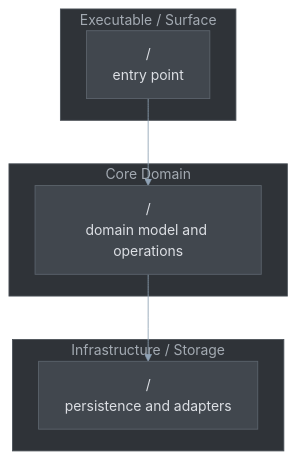
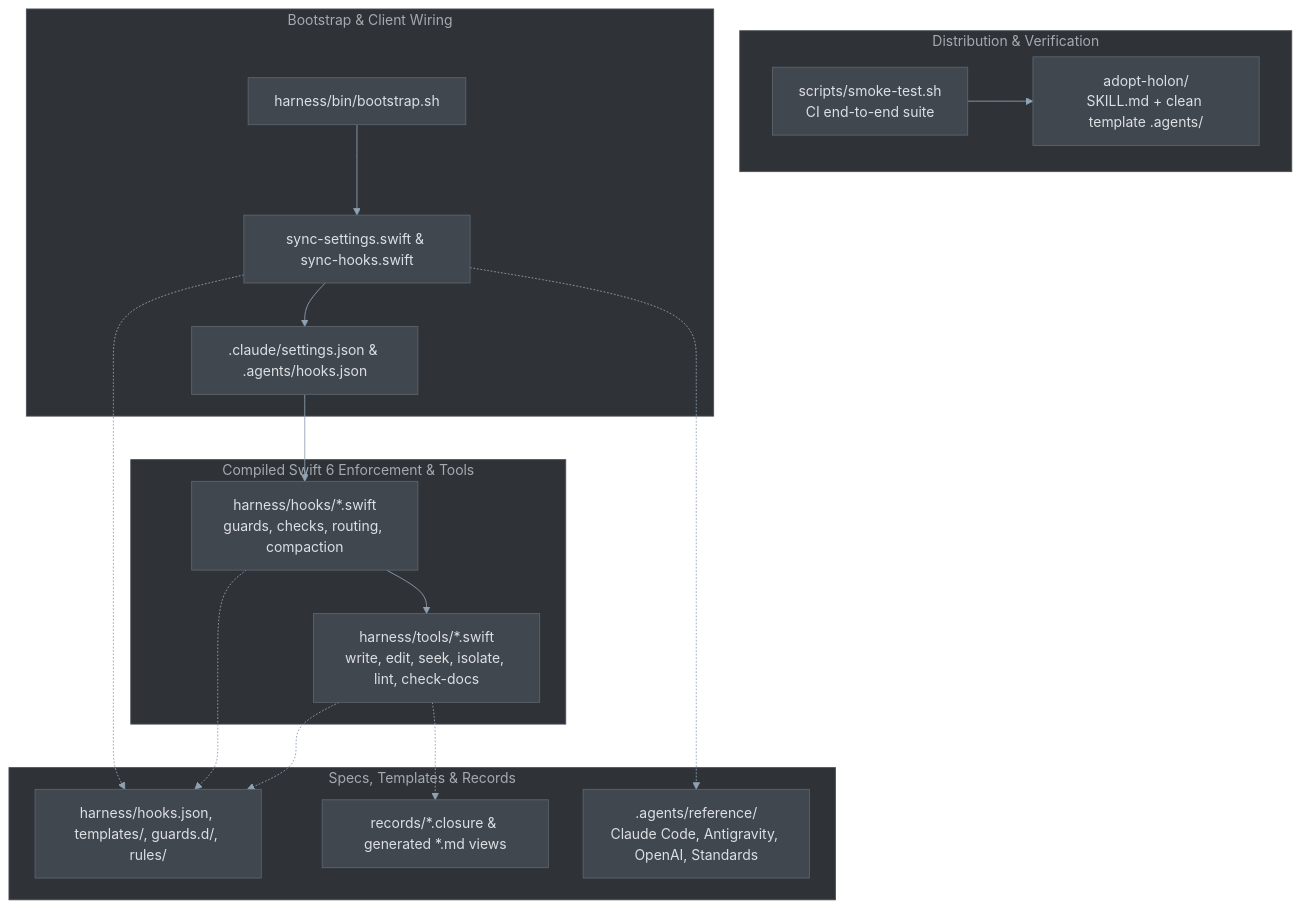
Before and after one commit to annimvs/HolonStack: the diagram in .agents/codebase/CODEBASE.md, drawn with Mermaid. The commit also changed other lines of this file and 33 other files, not shown here.

First line of the commit message:
docs: adopt HolonStack harness docs, maps, semantics, and upstream agent specs

````diff
--- a/.agents/codebase/CODEBASE.md
+++ b/.agents/codebase/CODEBASE.md
@@ -13,32 +11,50 @@
 ```mermaid
 %%{init: {
   "theme": "base",
   "themeVariables": {
     "darkMode": true,
     "background": "#363B40",
     "primaryColor": "#41474E",
     "primaryTextColor": "#DCDFE4",
     "primaryBorderColor": "#5C646D",
     "lineColor": "#8FA2B5",
     "textColor": "#B8BFC6",
     "clusterBkg": "#2F3338",
     "clusterBorder": "#4A5057"
   },
   "flowchart": { "curve": "basis", "nodeSpacing": 40, "rankSpacing": 50 }
 }}%%
 flowchart TB
-    subgraph App["Executable / Surface"]
-        entry["<ExecutableTarget>/<br/>entry point"]
+    subgraph Distribution["Distribution & Verification"]
+        skill["adopt-holon/<br/>SKILL.md + clean template .agents/"]
+        smoke["scripts/smoke-test.sh<br/>CI end-to-end suite"]
     end
 
-    subgraph Domain["Core Domain"]
-        core["<CoreTarget>/<br/>domain model and operations"]
+    subgraph Wiring["Bootstrap & Client Wiring"]
+        boot["harness/bin/bootstrap.sh"]
+        sync["sync-settings.swift &amp; sync-hooks.swift"]
+        clients[".claude/settings.json &amp; .agents/hooks.json"]
     end
 
-    subgraph Infra["Infrastructure / Storage"]
-        store["<StorageTarget>/<br/>persistence and adapters"]
+    subgraph Runtime["Compiled Swift 6 Enforcement & Tools"]
+        hooks["harness/hooks/*.swift<br/>guards, checks, routing, compaction"]
+        tools["harness/tools/*.swift<br/>write, edit, seek, isolate, lint, check-docs"]
     end
 
-    entry --> core
-    core --> store
+    subgraph State["Specs, Templates & Records"]
+        specs["harness/hooks.json, templates/, guards.d/, rules/"]
+        records["records/*.closure &amp; generated *.md views"]
+        refs[".agents/reference/<br/>Claude Code, Antigravity, OpenAI, Standards"]
+    end
+
+    smoke --> skill
+    boot --> sync
+    sync -.-> specs
+    sync --> clients
+    clients --> hooks
+    hooks --> tools
+    hooks -.-> specs
+    tools -.-> specs
+    tools -.-> records
+    sync -.-> refs
 ```
````
